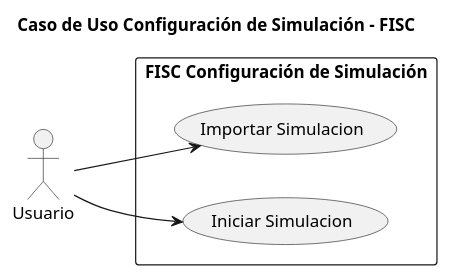
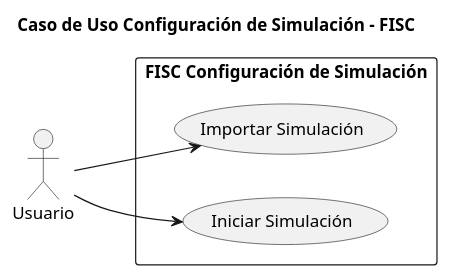
Before and after one commit to mmasias/23-24-IdSw1-SDR: the diagram in casosDeUso/casoUsoConfiguracionDeSimulacion.puml, drawn with PlantUML. The commit also changed 4 other files, not shown here.

```diff
--- a/casosDeUso/casoUsoConfiguracionDeSimulacion.puml
+++ b/casosDeUso/casoUsoConfiguracionDeSimulacion.puml
@@ -1,17 +1,17 @@
 @startuml
 
 title Caso de Uso Configuración de Simulación - FISC
 
 left to right direction
 
 actor Usuario as user
 
 rectangle "FISC Configuración de Simulación" {
-    usecase "Importar Simulacion" as importarSimulacion
-    usecase "Iniciar Simulacion" as iniciarSimulacion
+    usecase "Importar Simulación" as importarSimulacion
+    usecase "Iniciar Simulación" as iniciarSimulacion
 }
 
 user --> importarSimulacion : ""
 user --> iniciarSimulacion : ""
 
 @enduml
```
